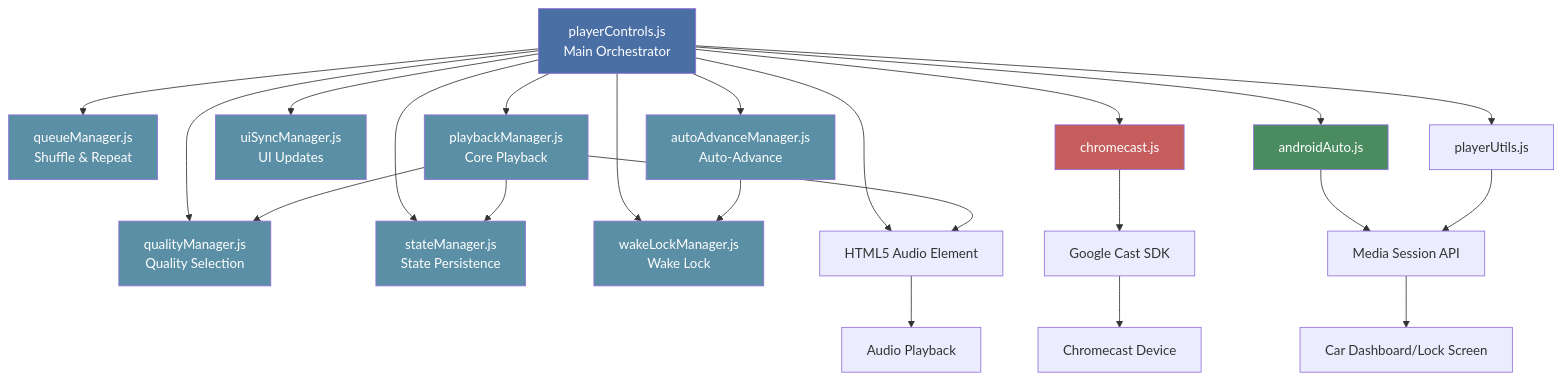
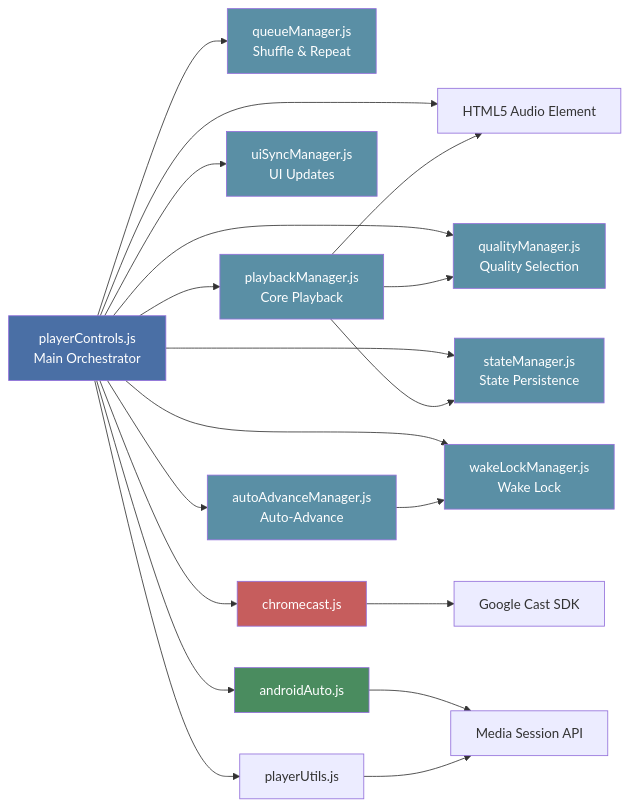
Before and after one commit to mark-me/mixtape-society: the first of 2 diagrams in docs/development/audio-playback/frontend/player-controls.md, drawn with Mermaid. The commit also changed 19 other files, not shown here.

First line of the commit message:
Simplify unreadable diagrams and correct small errors in the docs

````diff
--- a/docs/development/audio-playback/frontend/player-controls.md
+++ b/docs/development/audio-playback/frontend/player-controls.md
@@ -52,41 +52,37 @@
 ```mermaid
-graph TB
+graph LR
     PlayerControls[playerControls.js<br/>Main Orchestrator]
 
     PlayerControls --> QueueMgr[queueManager.js<br/>Shuffle & Repeat]
     PlayerControls --> PlaybackMgr[playbackManager.js<br/>Core Playback]
     PlayerControls --> UIMgr[uiSyncManager.js<br/>UI Updates]
     PlayerControls --> AutoAdvMgr[autoAdvanceManager.js<br/>Auto-Advance]
     PlayerControls --> QualityMgr[qualityManager.js<br/>Quality Selection]
     PlayerControls --> StateMgr[stateManager.js<br/>State Persistence]
     PlayerControls --> WakeLockMgr[wakeLockManager.js<br/>Wake Lock]
 
     PlayerControls --> LocalPlayer[HTML5 Audio Element]
     PlayerControls --> Chromecast[chromecast.js]
     PlayerControls --> AndroidAuto[androidAuto.js]
     PlayerControls --> PlayerUtils[playerUtils.js]
 
     PlaybackMgr --> LocalPlayer
     PlaybackMgr --> QualityMgr
     PlaybackMgr --> StateMgr
     AutoAdvMgr --> WakeLockMgr
 
     Chromecast --> CastSDK[Google Cast SDK]
     AndroidAuto --> MediaSession[Media Session API]
     PlayerUtils --> MediaSession
 
-    LocalPlayer --> Audio[Audio Playback]
-    CastSDK --> ChromecastDevice[Chromecast Device]
-    MediaSession --> CarDashboard[Car Dashboard/Lock Screen]
-
     style PlayerControls fill:#4a6fa5,color:#fff
     style QueueMgr fill:#5a8fa5,color:#fff
     style PlaybackMgr fill:#5a8fa5,color:#fff
     style UIMgr fill:#5a8fa5,color:#fff
     style AutoAdvMgr fill:#5a8fa5,color:#fff
     style QualityMgr fill:#5a8fa5,color:#fff
     style StateMgr fill:#5a8fa5,color:#fff
     style WakeLockMgr fill:#5a8fa5,color:#fff
     style Chromecast fill:#c65d5d,color:#fff
     style AndroidAuto fill:#4a8c5f,color:#fff
 ```
````
